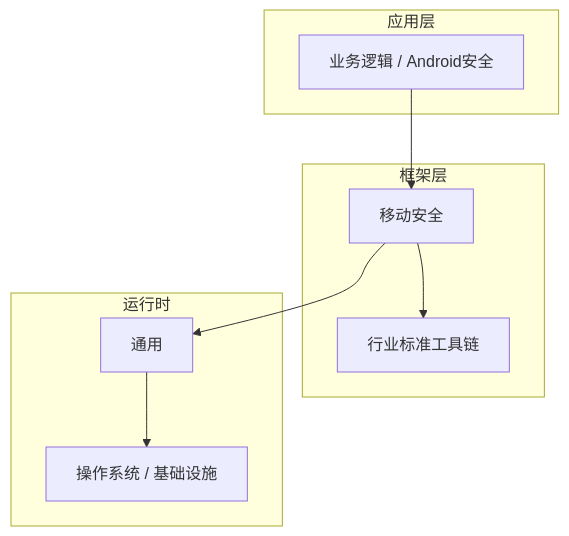
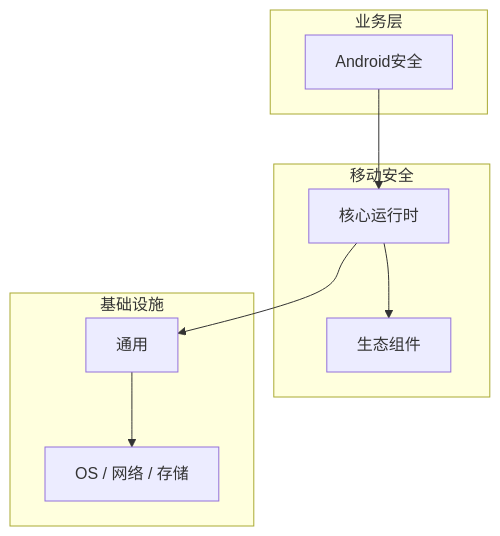
The diagram in articles/移动安全/chapters/007-Android安全核心概念与原理.md (yanggan2015/knowledge-json-v2), drawn with Mermaid before and after one commit. The commit also changed other lines of this file and 10127 other files, not shown here.

````diff
--- a/articles/移动安全/chapters/007-Android安全核心概念与原理.md
+++ b/articles/移动安全/chapters/007-Android安全核心概念与原理.md
@@ -46,18 +31,18 @@
 ```mermaid
 graph TB
-    subgraph 应用层
-        A[业务逻辑 / Android安全]
+    subgraph 业务层
+        A[Android安全]
     end
-    subgraph 框架层
-        B[移动安全]
-        C[行业标准工具链]
+    subgraph 移动安全
+        B[核心运行时]
+        C[生态组件]
     end
-    subgraph 运行时
+    subgraph 基础设施
         D[通用]
-        E[操作系统 / 基础设施]
+        E[OS / 网络 / 存储]
     end
     A --> B
     B --> C
     B --> D
     D --> E
 ```
````
